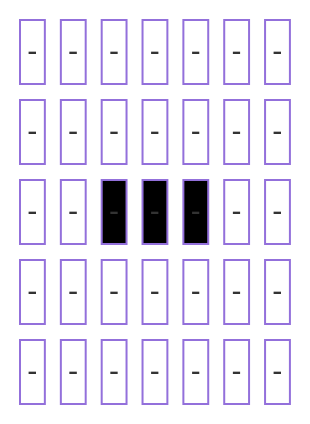
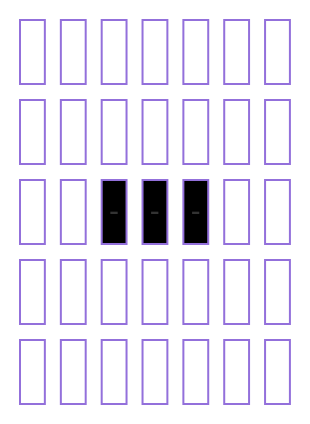
Before and after one commit to davidtme/davidtme.github.io: the first of 3 diagrams in _posts/2026-03-23-sdf-shadows.markdown, drawn with Mermaid.

````diff
--- a/_posts/2026-03-23-sdf-shadows.markdown
+++ b/_posts/2026-03-23-sdf-shadows.markdown
@@ -17,53 +17,53 @@
 ```mermaid
 block-beta
   columns 7
-  r0c0["-"] r0c1["-"] r0c2["-"] r0c3["-"] r0c4["-"] r0c5["-"] r0c6["-"]
-  r1c0["-"] r1c1["-"] r1c2["-"] r1c3["-"] r1c4["-"] r1c5["-"] r1c6["-"]
-  r2c0["-"] r2c1["-"] r2c2["-"] r2c3["-"] r2c4["-"] r2c5["-"] r2c6["-"]
-  r3c0["-"] r3c1["-"] r3c2["-"] r3c3["-"] r3c4["-"] r3c5["-"] r3c6["-"]
-  r4c0["-"] r4c1["-"] r4c2["-"] r4c3["-"] r4c4["-"] r4c5["-"] r4c6["-"]
+  r0c0[" "] r0c1[" "] r0c2[" "] r0c3[" "] r0c4[" "] r0c5[" "] r0c6[" "]
+  r1c0[" "] r1c1[" "] r1c2[" "] r1c3[" "] r1c4[" "] r1c5[" "] r1c6[" "]
+  r2c0[" "] r2c1[" "] r2c2["-"] r2c3["-"] r2c4["-"] r2c5[" "] r2c6[" "]
+  r3c0[" "] r3c1[" "] r3c2[" "] r3c3[" "] r3c4[" "] r3c5[" "] r3c6[" "]
+  r4c0[" "] r4c1[" "] r4c2[" "] r4c3[" "] r4c4[" "] r4c5[" "] r4c6[" "]
 
   style r0c0 fill:#fff,color:#fff
   style r0c1 fill:#fff,color:#fff
   style r0c2 fill:#fff,color:#fff
   style r0c3 fill:#fff,color:#fff
   style r0c4 fill:#fff,color:#fff
   style r0c5 fill:#fff,color:#fff
   style r0c6 fill:#fff,color:#fff
 
   style r1c0 fill:#fff,color:#fff
   style r1c1 fill:#fff,color:#fff
   style r1c2 fill:#fff,color:#fff
   style r1c3 fill:#fff,color:#fff
   style r1c4 fill:#fff,color:#fff
   style r1c5 fill:#fff,color:#fff
   style r1c6 fill:#fff,color:#fff
 
   style r2c0 fill:#fff,color:#fff
   style r2c1 fill:#fff,color:#fff
   style r2c2 fill:#fff,color:#fff
   style r2c3 fill:#fff,color:#fff
   style r2c4 fill:#fff,color:#fff
   style r2c5 fill:#fff,color:#fff
   style r2c6 fill:#fff,color:#fff
 
   style r3c0 fill:#fff,color:#fff
   style r3c1 fill:#fff,color:#fff
   style r3c2 fill:#fff,color:#fff
   style r3c3 fill:#fff,color:#fff
   style r3c4 fill:#fff,color:#fff
   style r3c5 fill:#fff,color:#fff
   style r3c6 fill:#fff,color:#fff
 
   style r4c0 fill:#fff,color:#fff
   style r4c1 fill:#fff,color:#fff
   style r4c2 fill:#fff,color:#fff
   style r4c3 fill:#fff,color:#fff
   style r4c4 fill:#fff,color:#fff
   style r4c5 fill:#fff,color:#fff
   style r4c6 fill:#fff,color:#fff
 
   style r2c2 fill:#000,color:#000
   style r2c3 fill:#000,color:#000
   style r2c4 fill:#000,color:#000
 ```
````
